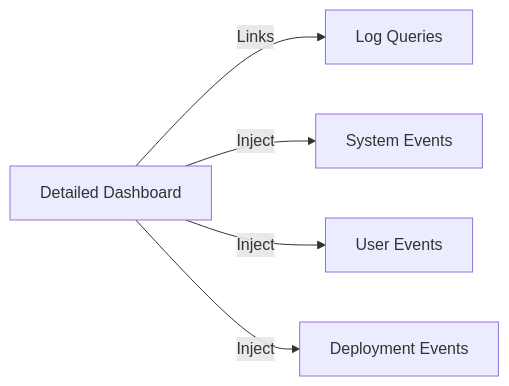
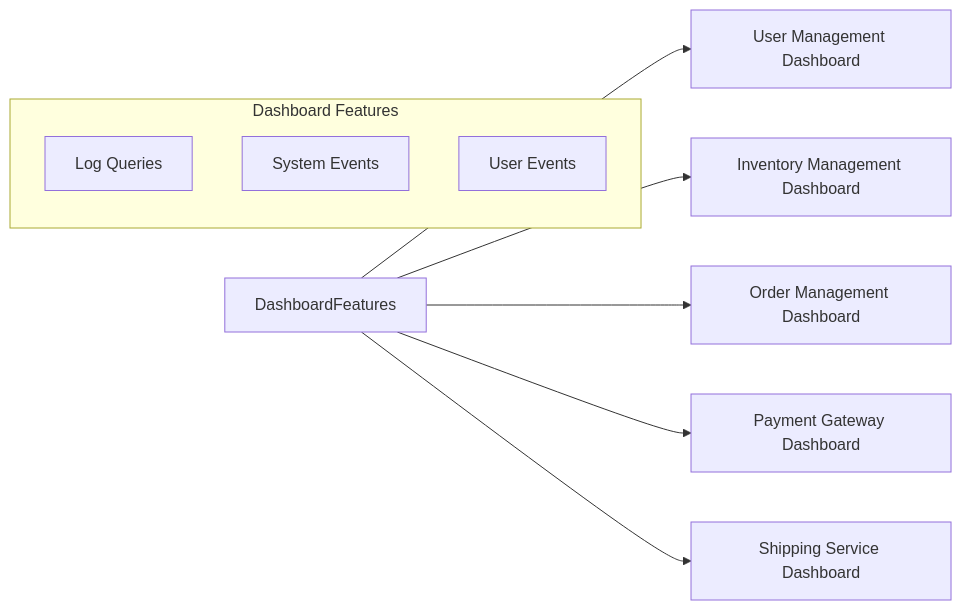
One commit to VladoSkoko/microservice-design-patterns changed the second of 2 diagrams in 13 Metrics Aggregation.md. Above: the diagram before and after it, drawn with Mermaid. The commit also changed other lines of this file, not shown here.

````diff
--- a/13 Metrics Aggregation.md
+++ b/13 Metrics Aggregation.md
@@ -54,13 +89,20 @@
 ```mermaid
 graph LR
-  DetailedDashboard[Detailed Dashboard]
-  LogQueries[Log Queries]
-  SystemEvents[System Events]
-  UserEvents[User Events]
-  DeploymentEvents[Deployment Events]
+  subgraph Dashboard Features
+    LogQueries[Log Queries]
+    SystemEvents[System Events]
+    UserEvents[User Events]
+  end
 
-  DetailedDashboard -->|Links| LogQueries
-  DetailedDashboard -->|Inject| SystemEvents
-  DetailedDashboard -->|Inject| UserEvents
-  DetailedDashboard -->|Inject| DeploymentEvents
+  UserManagementDashboard[User Management Dashboard]
+  InventoryManagementDashboard[Inventory Management Dashboard]
+  OrderManagementDashboard[Order Management Dashboard]
+  PaymentGatewayDashboard[Payment Gateway Dashboard]
+  ShippingServiceDashboard[Shipping Service Dashboard]
+
+  DashboardFeatures --> UserManagementDashboard
+  DashboardFeatures --> InventoryManagementDashboard
+  DashboardFeatures --> OrderManagementDashboard
+  DashboardFeatures --> PaymentGatewayDashboard
+  DashboardFeatures --> ShippingServiceDashboard
 ```
````
